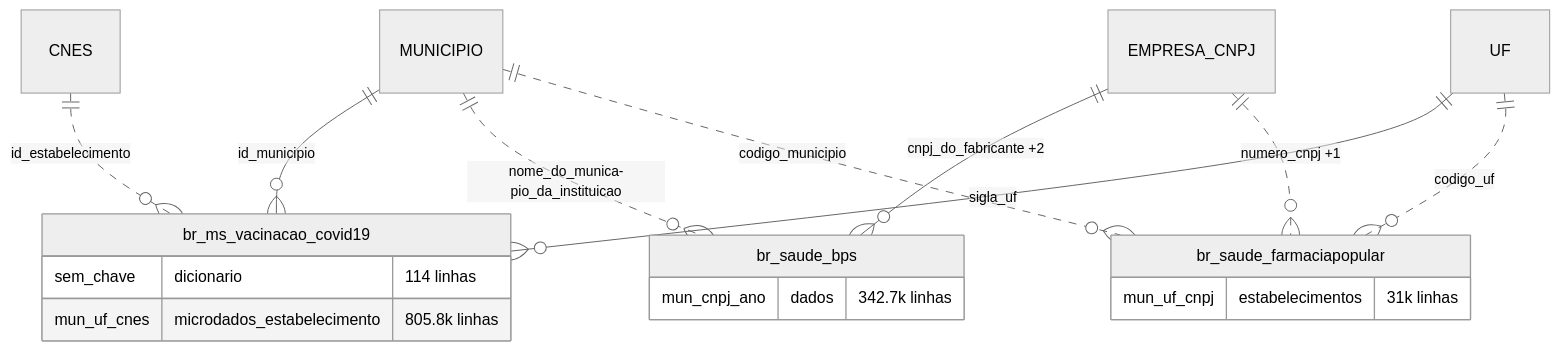
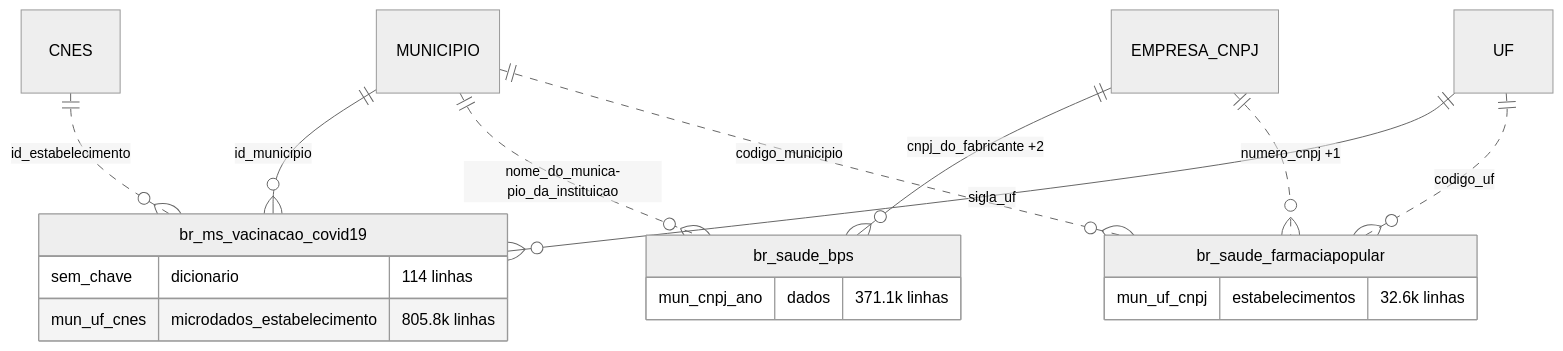
Before and after one commit to rafapolo/rodado: the fifth of 29 diagrams in docs/mapa/ERD.md, drawn with Mermaid (neutral theme). The commit also changed other lines of this file and 16 other files, not shown here.

````diff
--- a/docs/mapa/ERD.md
+++ b/docs/mapa/ERD.md
@@ -405,21 +433,21 @@
 ```mermaid
 erDiagram
     CNES ||..o{ br_ms_vacinacao_covid19 : "id_estabelecimento"
     MUNICIPIO ||--o{ br_ms_vacinacao_covid19 : "id_municipio"
     UF ||--o{ br_ms_vacinacao_covid19 : "sigla_uf"
     EMPRESA_CNPJ ||--o{ br_saude_bps : "cnpj_do_fabricante +2"
     MUNICIPIO ||..o{ br_saude_bps : "nome_do_munica­pio_da_instituicao"
     EMPRESA_CNPJ ||..o{ br_saude_farmaciapopular : "numero_cnpj +1"
     MUNICIPIO ||..o{ br_saude_farmaciapopular : "codigo_municipio"
     UF ||..o{ br_saude_farmaciapopular : "codigo_uf"
     br_ms_vacinacao_covid19 {
         sem_chave dicionario "114 linhas"
         mun_uf_cnes microdados_estabelecimento "805.8k linhas"
     }
     br_saude_bps {
-        mun_cnpj_ano dados "342.7k linhas"
+        mun_cnpj_ano dados "371.1k linhas"
     }
     br_saude_farmaciapopular {
-        mun_uf_cnpj estabelecimentos "31k linhas"
+        mun_uf_cnpj estabelecimentos "32.6k linhas"
     }
 ```
````
